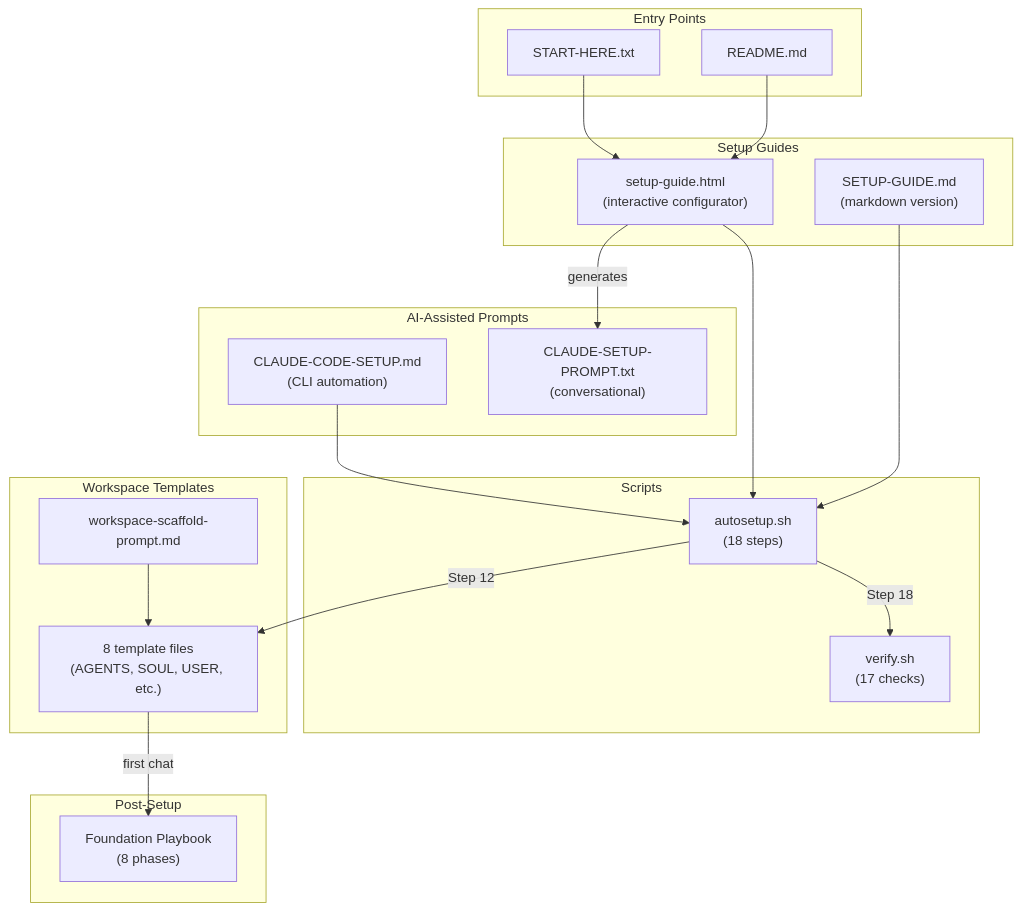
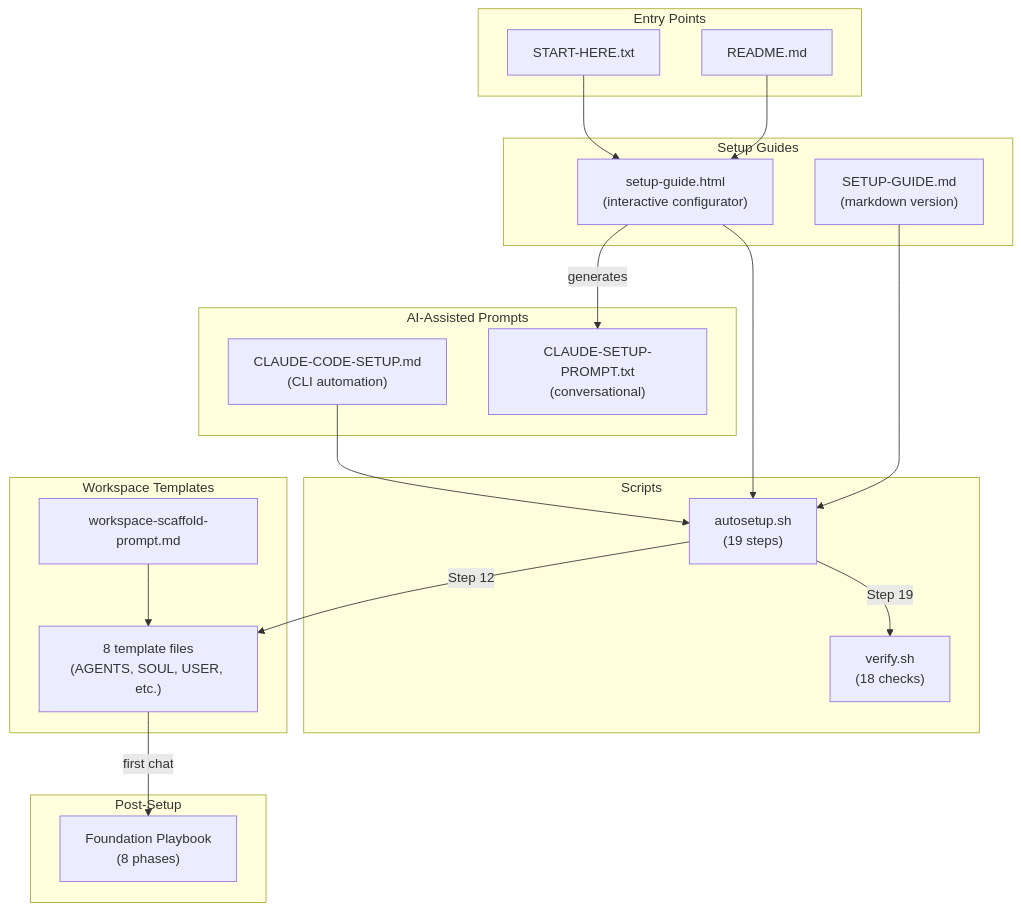
The first of 4 diagrams in docs/CODEBASE_MAP.md (jeremyknows/clawstarter), drawn with Mermaid before and after one commit. The commit also changed other lines of this file and 11 other files, not shown here.

````diff
--- a/docs/CODEBASE_MAP.md
+++ b/docs/CODEBASE_MAP.md
@@ -13,42 +15,42 @@
 ```mermaid
 flowchart TB
     subgraph entry["Entry Points"]
         start_here["START-HERE.txt"]
         readme["README.md"]
     end
 
     subgraph guides["Setup Guides"]
         html_guide["setup-guide.html\n(interactive configurator)"]
         md_guide["SETUP-GUIDE.md\n(markdown version)"]
     end
 
     subgraph ai_prompts["AI-Assisted Prompts"]
         claude_code["CLAUDE-CODE-SETUP.md\n(CLI automation)"]
         claude_ai["CLAUDE-SETUP-PROMPT.txt\n(conversational)"]
     end
 
     subgraph scripts["Scripts"]
-        autosetup["autosetup.sh\n(18 steps)"]
-        verify["verify.sh\n(17 checks)"]
+        autosetup["autosetup.sh\n(19 steps)"]
+        verify["verify.sh\n(18 checks)"]
     end
 
     subgraph templates["Workspace Templates"]
         scaffold["workspace-scaffold-prompt.md"]
         ws_files["8 template files\n(AGENTS, SOUL, USER, etc.)"]
     end
 
     subgraph post_setup["Post-Setup"]
         playbook["Foundation Playbook\n(8 phases)"]
     end
 
     start_here --> html_guide
     readme --> html_guide
     html_guide -->|"generates"| claude_ai
     html_guide --> autosetup
     md_guide --> autosetup
     claude_code --> autosetup
     autosetup -->|"Step 12"| ws_files
     scaffold --> ws_files
-    autosetup -->|"Step 18"| verify
+    autosetup -->|"Step 19"| verify
     ws_files -->|"first chat"| playbook
 ```
````
